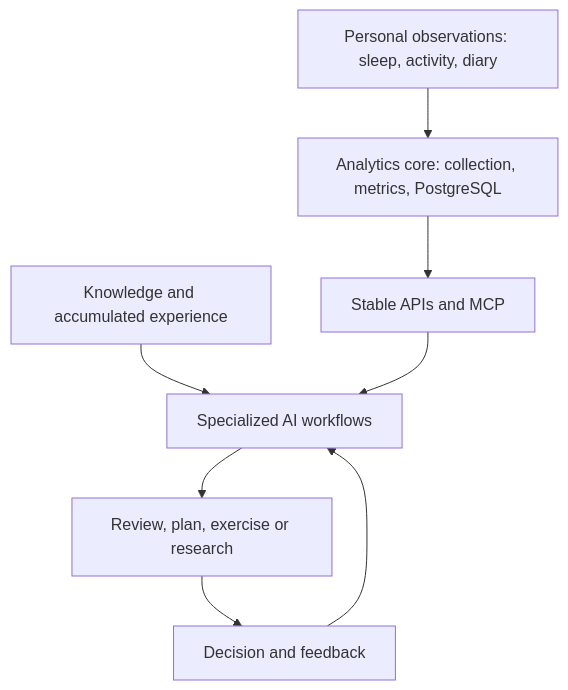
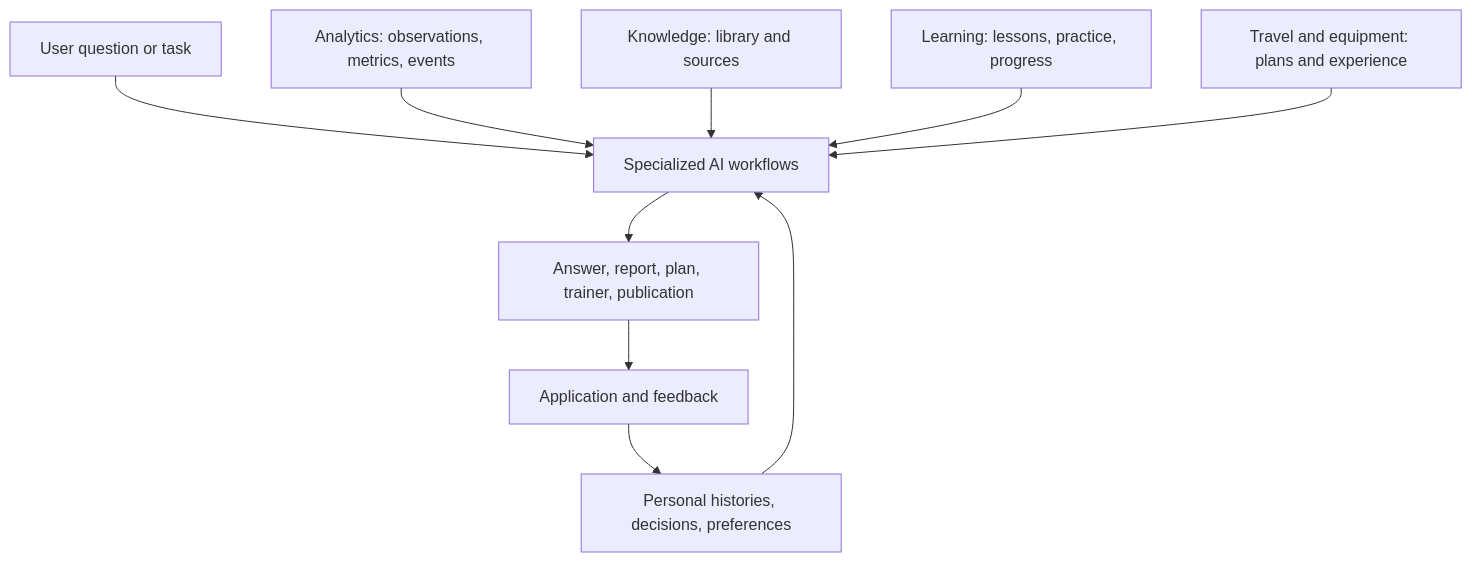
Before and after one commit to dmitrii-naumenko/portfolio: the diagram in projects/autodiary/en/README.md, drawn with Mermaid. The commit also changed other lines of this file and 9 other files, not shown here.

````diff
--- a/projects/autodiary/en/README.md
+++ b/projects/autodiary/en/README.md
@@ -29,10 +41,12 @@
 ```mermaid
 flowchart TD
-    Sources["Personal observations: sleep, activity, diary"] --> Core["Analytics core: collection, metrics, PostgreSQL"]
-    Core --> Access["Stable APIs and MCP"]
-    Knowledge["Knowledge and accumulated experience"] --> Tasks["Specialized AI workflows"]
-    Access --> Tasks
-    Tasks --> Result["Review, plan, exercise or research"]
-    Result --> Feedback["Decision and feedback"]
-    Feedback --> Tasks
+    Question["User question or task"] --> Workflows["Specialized AI workflows"]
+    Analytics["Analytics: observations, metrics, events"] --> Workflows
+    Knowledge["Knowledge: library and sources"] --> Workflows
+    Learning["Learning: lessons, practice, progress"] --> Workflows
+    Travel["Travel and equipment: plans and experience"] --> Workflows
+    History["Personal histories, decisions, preferences"] --> Workflows
+    Workflows --> Result["Answer, report, plan, trainer, publication"]
+    Result --> Feedback["Application and feedback"]
+    Feedback --> History
 ```
````
